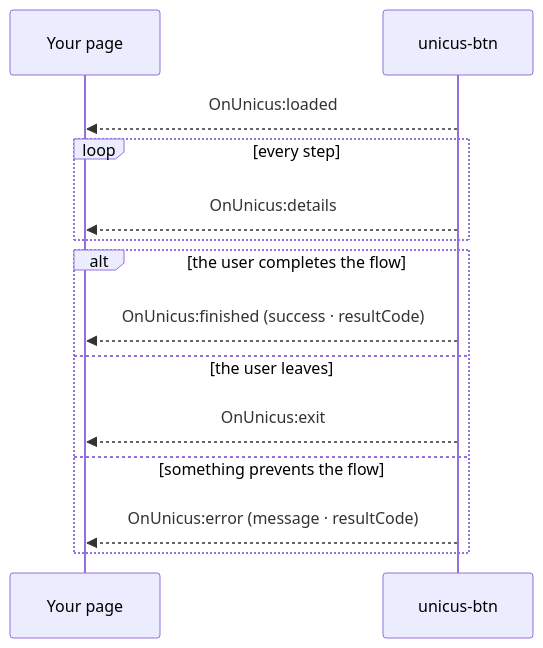
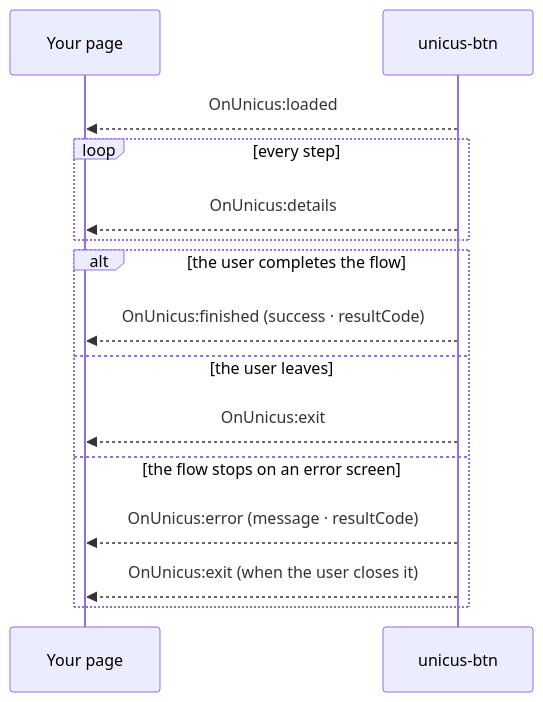
Before and after one commit to tekbees/unicus-docs: the diagram in unicus/sdk-web-v5/events.md, drawn with Mermaid. The commit also changed other lines of this file and 33 other files, not shown here.

````diff
--- a/unicus/sdk-web-v5/events.md
+++ b/unicus/sdk-web-v5/events.md
@@ -21,16 +39,17 @@
 ```mermaid
 sequenceDiagram
   participant P as Your page
   participant B as unicus-btn
   B-->>P: OnUnicus:loaded
   loop every step
     B-->>P: OnUnicus:details
   end
   alt the user completes the flow
     B-->>P: OnUnicus:finished (success · resultCode)
   else the user leaves
     B-->>P: OnUnicus:exit
-  else something prevents the flow
+  else the flow stops on an error screen
     B-->>P: OnUnicus:error (message · resultCode)
+    B-->>P: OnUnicus:exit (when the user closes it)
   end
 ```
````
